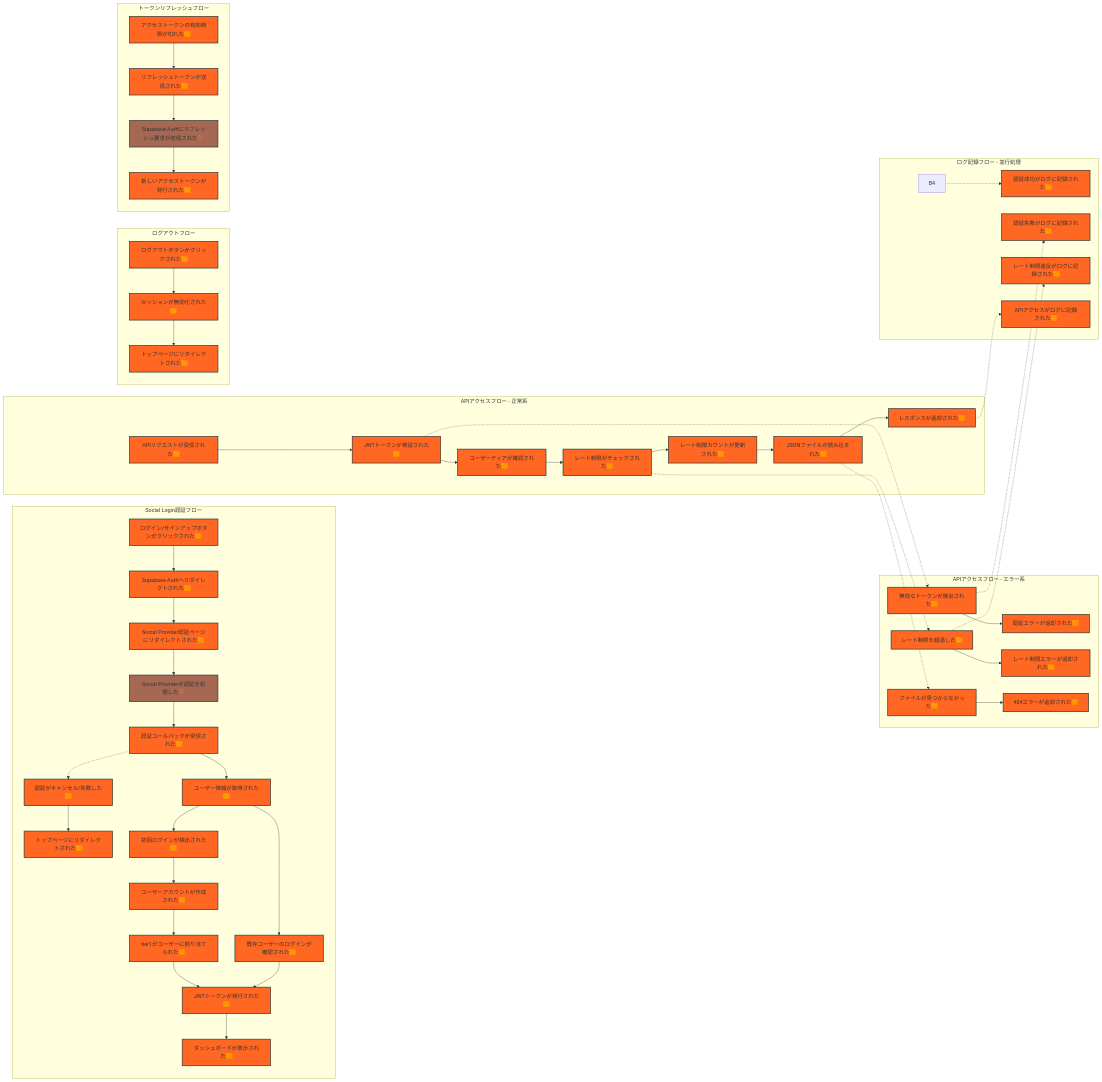
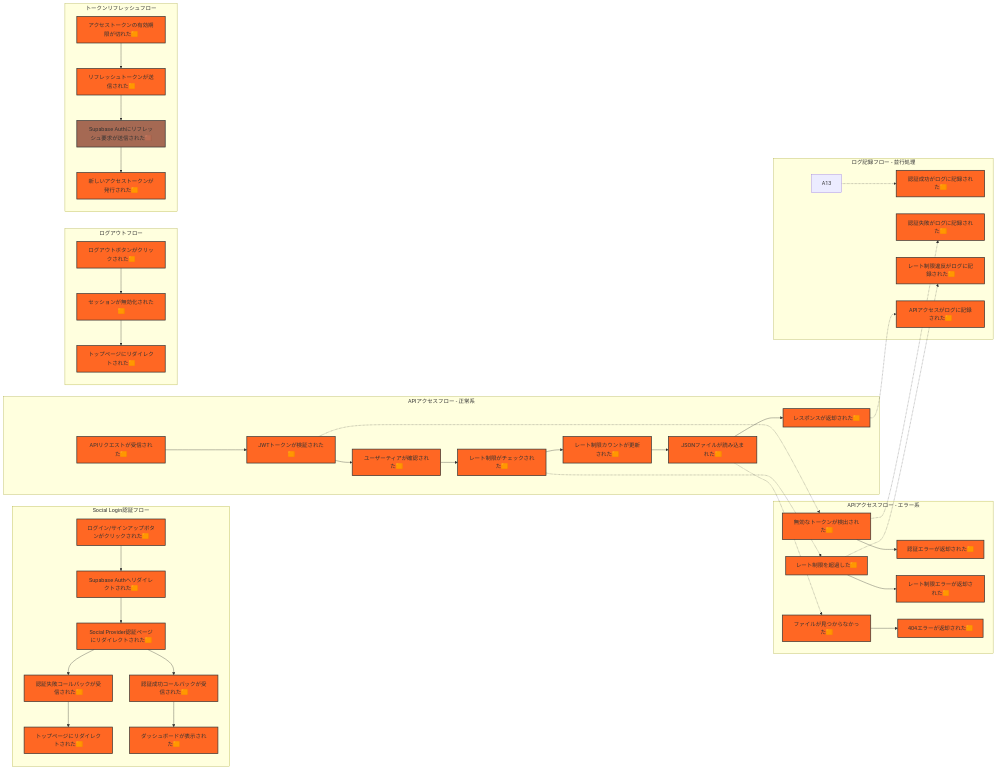
Before and after one commit to hydrangeas/redis-test: the diagram in docs/specs/step1.md, drawn with Mermaid. The commit also changed other lines of this file and 1 other file, not shown here.

Commit message:
fix: イベントストーミングの認証フローを修正
- Custom Access Token Hook関連イベントを削除（アプリケーション外の処理）
- 外部システムからの複数イベント生成を修正（イベントストーミング原則に準拠）
- 認証コールバックを成功/失敗に分割（OAuth認証の結果を適切に表現）
- JWT発行フローを削除（認証成功時に既にJWTを受信）
- 認証失敗時のログ記録を追加（セキュリティ監視の強化）

🤖 Generated with [Claude Code](https://claude.ai/code)

````diff
--- a/docs/specs/step1.md
+++ b/docs/specs/step1.md
@@ -11,40 +11,17 @@
         A1[ログイン/サインアップボタンがクリックされた🟧]
         A2[Supabase Authへリダイレクトされた🟧]
         A4[Social Provider認証ページにリダイレクトされた🟧]
-        A5[Social Providerが認証を処理した🟫]
-        A6[認証コールバックが受信された🟧]
-        A8[ユーザー情報が取得された🟧]
-        
-        %% 認証失敗・キャンセル時の分岐
-        A15[認証がキャンセル/失敗した🟧]
+        A6[認証成功コールバックが受信された🟧]
+        A7[認証失敗コールバックが受信された🟧]
         A16[トップページにリダイレクトされた🟧]
-        
-        %% 初回ログイン時の分岐
-        A9[初回ログインが検出された🟧]
-        A10[ユーザーアカウントが作成された🟧]
-        A11[tier1がユーザーに割り当てられた🟧]
-        
-        %% 既存ユーザーのログイン
-        A12[既存ユーザーのログインが確認された🟧]
-        
-        %% 共通処理
-        A13[JWTトークンが発行された🟧]
         A14[ダッシュボードが表示された🟧]
         
         A1 --> A2
         A2 --> A4
-        A4 --> A5
-        A5 --> A6
-        A6 --> A8
-        A6 -.-> A15
-        A15 --> A16
-        A8 --> A9
-        A8 --> A12
-        A9 --> A10
-        A10 --> A11
-        A11 --> A13
-        A12 --> A13
-        A13 --> A14
+        A4 --> A6
+        A4 --> A7
+        A7 --> A16
+        A6 --> A14
     end
     
     %% APIアクセスフロー（正常系）
@@ -111,7 +88,7 @@
         G3[レート制限違反がログに記録された🟧]
         G4[APIアクセスがログに記録された🟧]
         
-        B4 -.-> G1
+        A13 -.-> G1
         D1 -.-> G2
         D3 -.-> G3
         C7 -.-> G4
@@ -126,6 +103,6 @@
     classDef policy fill:#00d26a,stroke:#333,stroke-width:2px;
     classDef readModel fill:#000000,color:#fff,stroke:#333,stroke-width:2px;
     
-    class A1,A2,A4,A6,A8,A9,A10,A11,A12,A13,A14,A15,A16,C1,C2,C3,C4,C5,C6,C7,D1,D2,D3,D4,D5,D6,E1,E2,E3,F1,F2,F4,G1,G2,G3,G4 event;
-    class A5,F3 externalSystem;
+    class A1,A2,A4,A6,A7,A14,A16,C1,C2,C3,C4,C5,C6,C7,D1,D2,D3,D4,D5,D6,E1,E2,E3,F1,F2,F4,G1,G2,G3,G4 event;
+    class F3 externalSystem;
 ```
````
